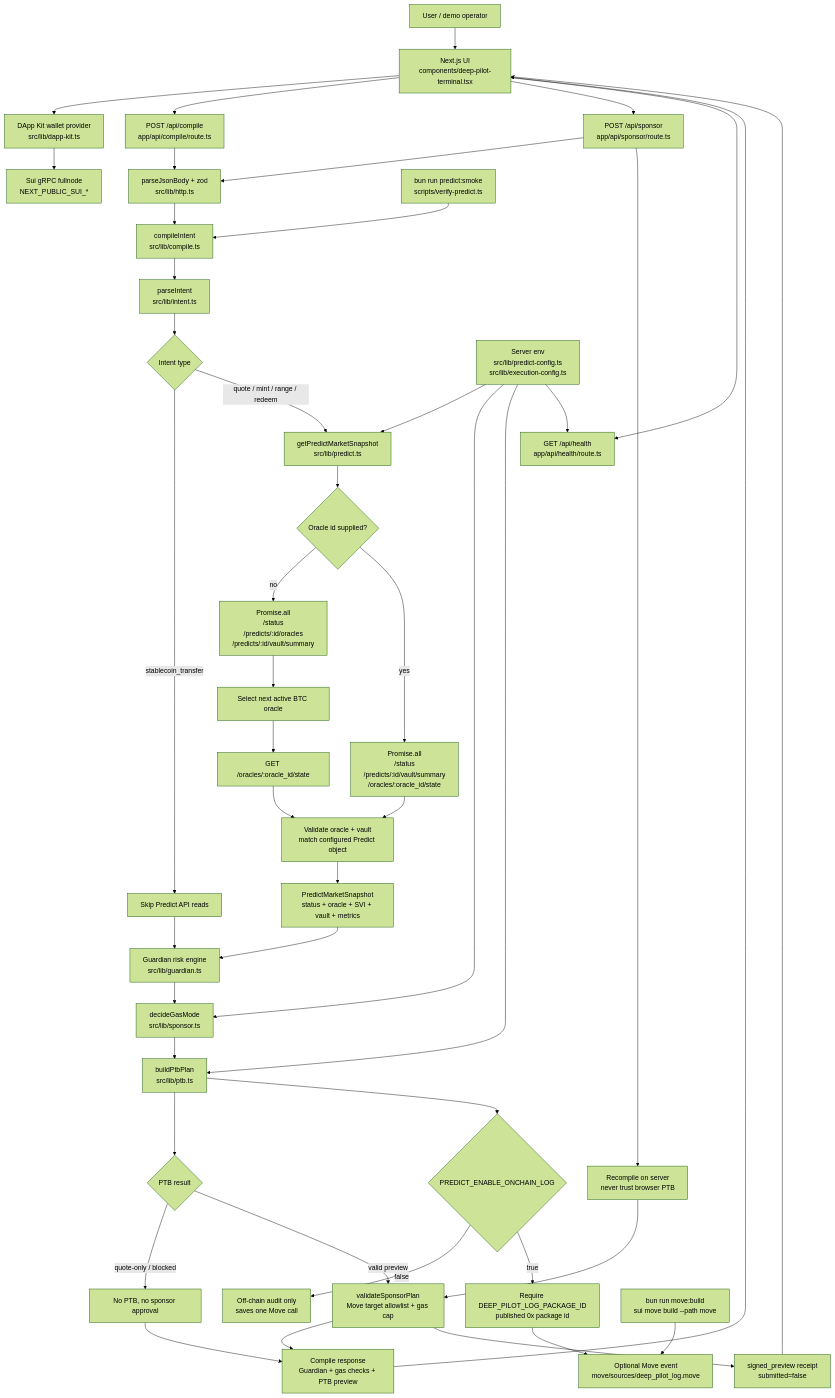
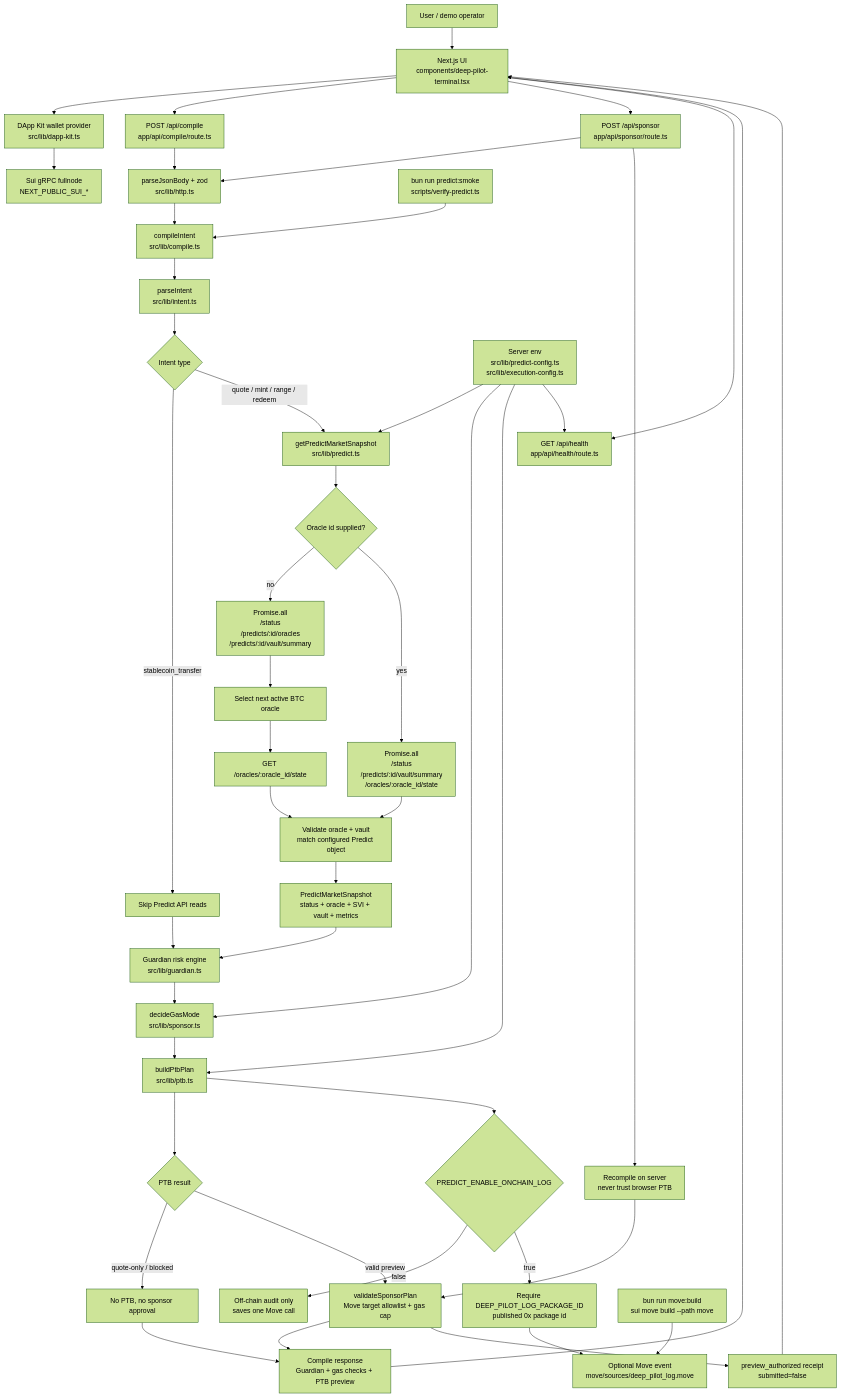
One commit to DudeGuuud/DeepPilot changed the diagram in README.md. Above: the diagram before and after it, drawn with Mermaid (forest theme). The commit also changed 15 other files, not shown here.

````diff
--- a/README.md
+++ b/README.md
@@ -25,60 +25,60 @@
 ```mermaid
 flowchart TD
   User["User / demo operator"] --> UI["Next.js UI\ncomponents/deep-pilot-terminal.tsx"]
   UI --> Wallet["DApp Kit wallet provider\nsrc/lib/dapp-kit.ts"]
   Wallet --> SuiGrpc["Sui gRPC fullnode\nNEXT_PUBLIC_SUI_*"]
 
   UI --> CompileApi["POST /api/compile\napp/api/compile/route.ts"]
   UI --> SponsorApi["POST /api/sponsor\napp/api/sponsor/route.ts"]
   UI --> HealthApi["GET /api/health\napp/api/health/route.ts"]
 
   CompileApi --> BodyGuard["parseJsonBody + zod\nsrc/lib/http.ts"]
   SponsorApi --> BodyGuard
   BodyGuard --> Compiler["compileIntent\nsrc/lib/compile.ts"]
 
   Compiler --> Intent["parseIntent\nsrc/lib/intent.ts"]
   Intent --> IntentGate{"Intent type"}
   IntentGate -->|"stablecoin_transfer"| NoPredictRead["Skip Predict API reads"]
   IntentGate -->|"quote / mint / range / redeem"| PredictRead["getPredictMarketSnapshot\nsrc/lib/predict.ts"]
 
   PredictRead --> OracleMode{"Oracle id supplied?"}
   OracleMode -->|"no"| BatchA["Promise.all\n/status\n/predicts/:id/oracles\n/predicts/:id/vault/summary"]
   BatchA --> SelectOracle["Select next active BTC oracle"]
   SelectOracle --> OracleStateA["GET /oracles/:oracle_id/state"]
 
   OracleMode -->|"yes"| BatchB["Promise.all\n/status\n/predicts/:id/vault/summary\n/oracles/:oracle_id/state"]
   BatchB --> Consistency["Validate oracle + vault\nmatch configured Predict object"]
   OracleStateA --> Consistency
 
   Consistency --> Snapshot["PredictMarketSnapshot\nstatus + oracle + SVI + vault + metrics"]
   NoPredictRead --> Guardian["Guardian risk engine\nsrc/lib/guardian.ts"]
   Snapshot --> Guardian
 
   Guardian --> GasPreview["decideGasMode\nsrc/lib/sponsor.ts"]
   GasPreview --> PTB["buildPtbPlan\nsrc/lib/ptb.ts"]
   PTB --> PTBGate{"PTB result"}
   PTBGate -->|"quote-only / blocked"| NoPTB["No PTB, no sponsor approval"]
   PTBGate -->|"valid preview"| SponsorPolicy["validateSponsorPlan\nMove target allowlist + gas cap"]
 
   SponsorPolicy --> CompileResponse["Compile response\nGuardian + gas checks + PTB preview"]
   NoPTB --> CompileResponse
   CompileResponse --> UI
 
   SponsorApi --> Recompile["Recompile on server\nnever trust browser PTB"]
   Recompile --> SponsorPolicy
-  SponsorPolicy --> SponsorReceipt["signed_preview receipt\nsubmitted=false"]
+  SponsorPolicy --> SponsorReceipt["preview_authorized receipt\nsubmitted=false"]
   SponsorReceipt --> UI
 
   PTB --> AuditGate{"PREDICT_ENABLE_ONCHAIN_LOG"}
   AuditGate -->|"false"| OffchainAudit["Off-chain audit only\nsaves one Move call"]
   AuditGate -->|"true"| AuditPackage["Require DEEP_PILOT_LOG_PACKAGE_ID\npublished 0x package id"]
   AuditPackage --> MoveLog["Optional Move event\nmove/sources/deep_pilot_log.move"]
 
   Env["Server env\nsrc/lib/predict-config.ts\nsrc/lib/execution-config.ts"] --> PredictRead
   Env --> GasPreview
   Env --> PTB
   Env --> HealthApi
 
   Smoke["bun run predict:smoke\nscripts/verify-predict.ts"] --> Compiler
   MoveBuild["bun run move:build\nsui move build --path move"] --> MoveLog
 ```
````
